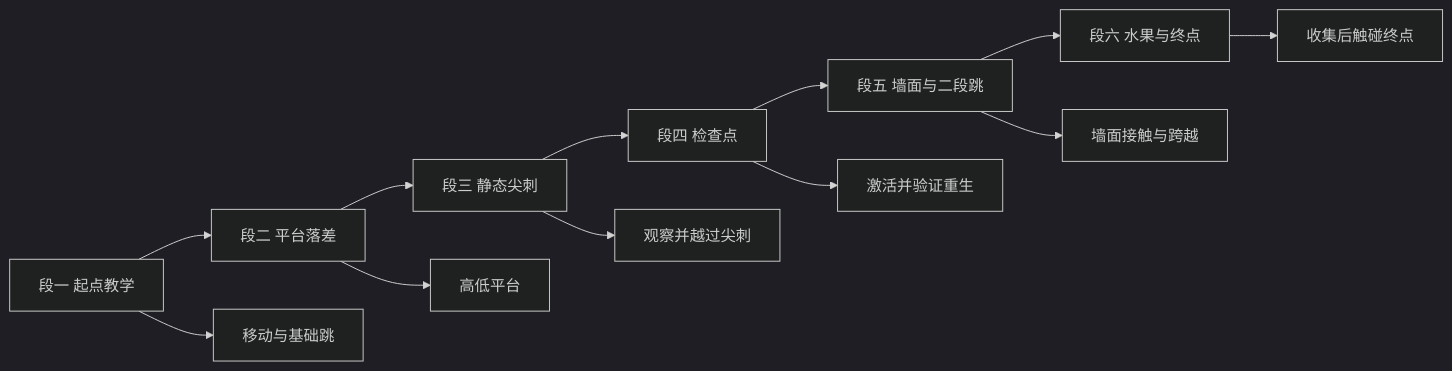
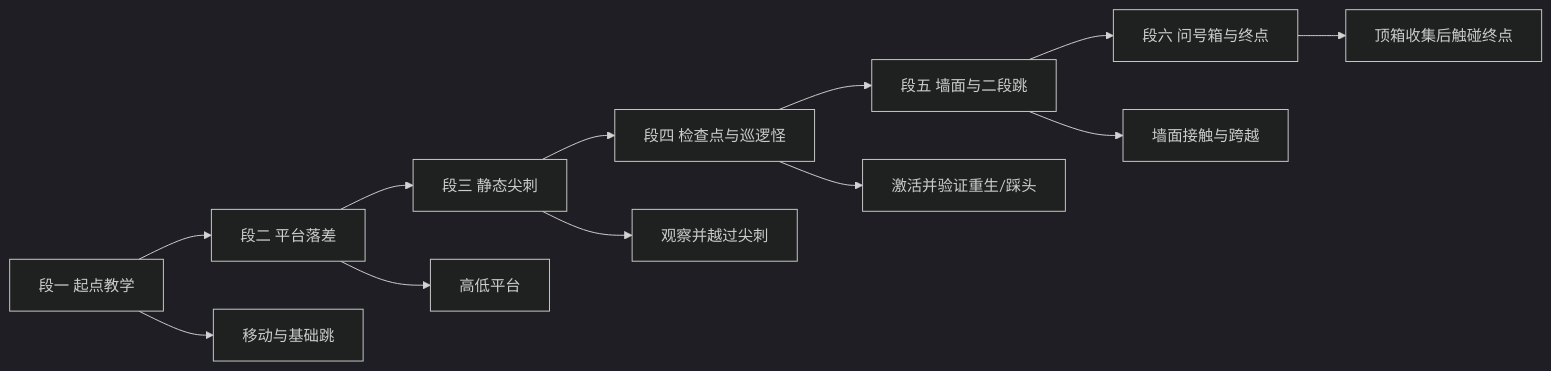
The first of 3 diagrams in Example/docs/gdd/level-design.md (jesspig/Godot-Autopilot), drawn with Mermaid (dark theme) before and after one commit. The commit also changed other lines of this file and 9 other files, not shown here.

````diff
--- a/Example/docs/gdd/level-design.md
+++ b/Example/docs/gdd/level-design.md
@@ -24,14 +39,14 @@
 ```mermaid
 flowchart LR
     A[段一 起点教学] --> B[段二 平台落差]
     B --> C[段三 静态尖刺]
-    C --> D[段四 检查点]
+    C --> D[段四 检查点与巡逻怪]
     D --> E[段五 墙面与二段跳]
-    E --> F[段六 水果与终点]
+    E --> F[段六 问号箱与终点]
     A --> A1[移动与基础跳]
     B --> B1[高低平台]
     C --> C1[观察并越过尖刺]
-    D --> D1[激活并验证重生]
+    D --> D1[激活并验证重生/踩头]
     E --> E1[墙面接触与跨越]
-    F --> F1[收集后触碰终点]
+    F --> F1[顶箱收集后触碰终点]
 ```
````
